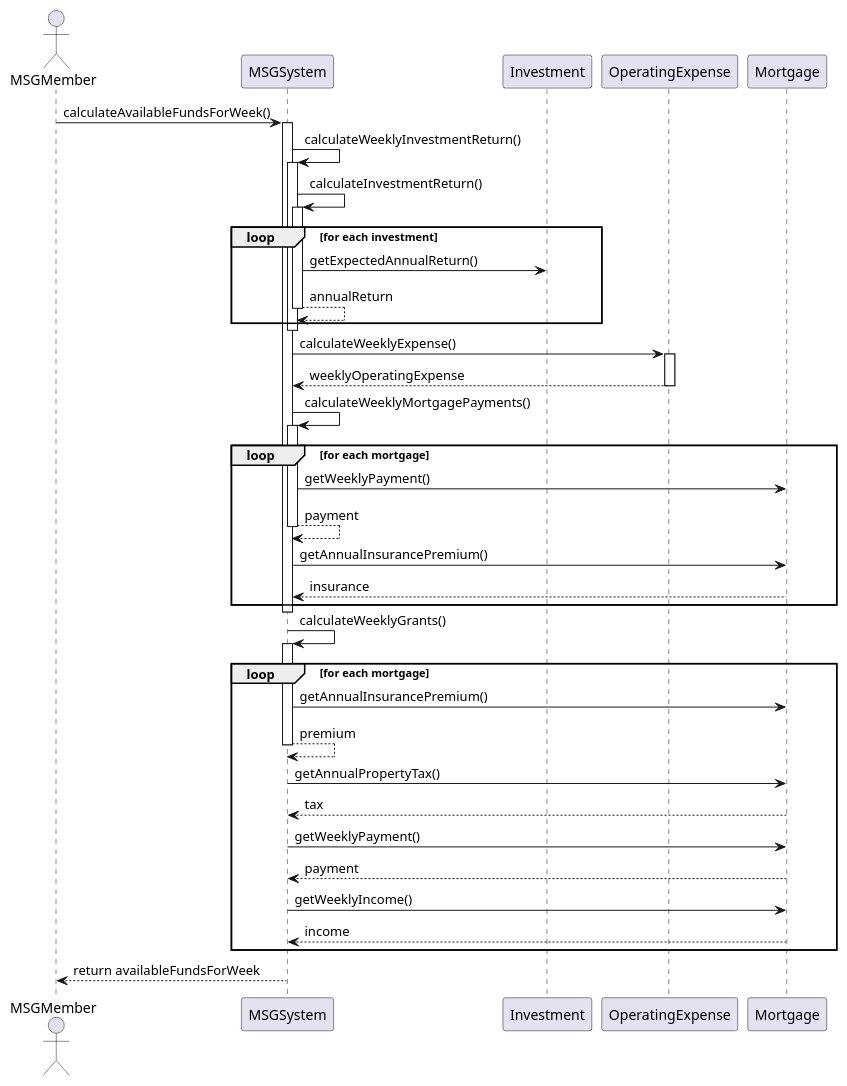
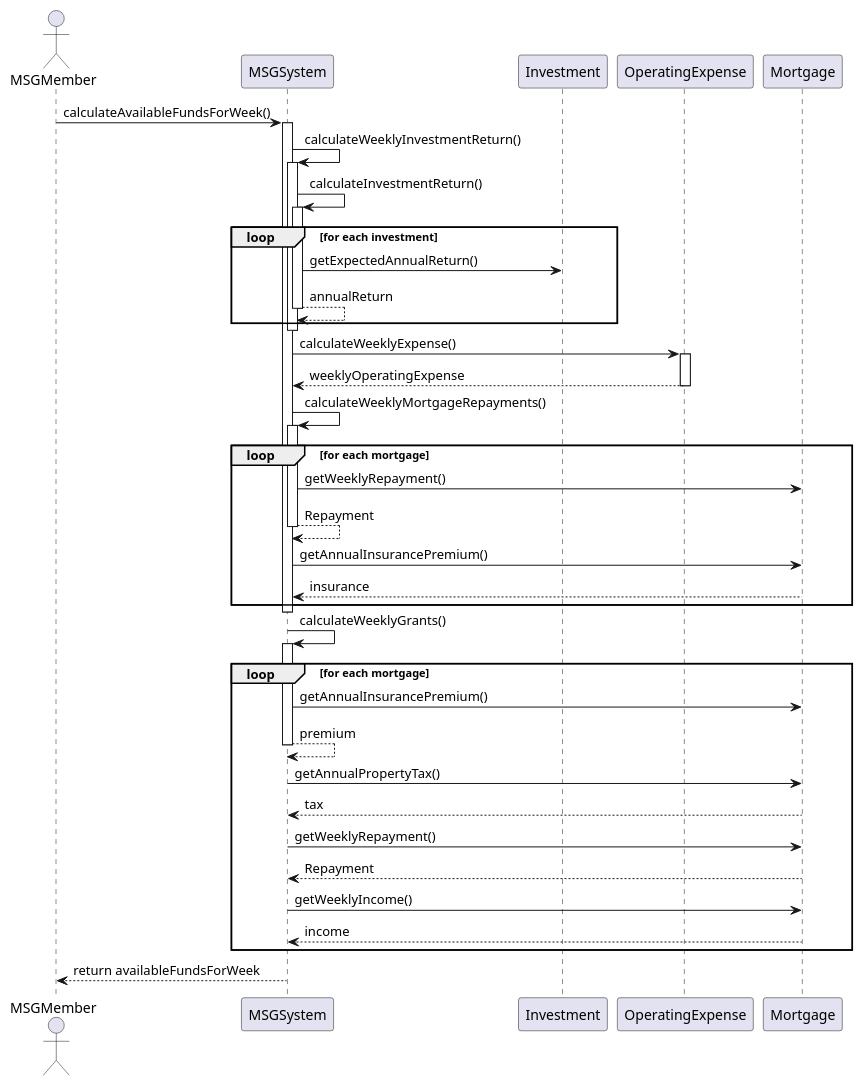
Before and after one commit to DongChyeon/MSG-Foundation-Assignment: the diagram in sequence.puml, drawn with PlantUML. The commit also changed 4 other files, not shown here.

Commit message:
Fix : Payment -> Repayment 워딩 수정

```diff
--- a/sequence.puml
+++ b/sequence.puml
@@ -1,52 +1,52 @@
 @startuml
 actor MSGMember
 participant "MSGSystem" as msg
 participant "Investment" as inv
 participant "OperatingExpense" as op
 participant "Mortgage" as mort
 
 MSGMember -> msg : calculateAvailableFundsForWeek()
 activate msg
 
 msg -> msg : calculateWeeklyInvestmentReturn()
 activate msg
     msg -> msg : calculateInvestmentReturn()
     activate msg
         loop for each investment
             msg -> inv : getExpectedAnnualReturn()
             return annualReturn
         end
     deactivate msg
 
 msg -> op : calculateWeeklyExpense()
 activate op
 return weeklyOperatingExpense
 deactivate op
 
-msg -> msg : calculateWeeklyMortgagePayments()
+msg -> msg : calculateWeeklyMortgageRepayments()
 activate msg
     loop for each mortgage
-        msg -> mort : getWeeklyPayment()
-        return payment
+        msg -> mort : getWeeklyRepayment()
+        return Repayment
         msg -> mort : getAnnualInsurancePremium()
         return insurance
     end
 deactivate msg
 
 msg -> msg : calculateWeeklyGrants()
 activate msg
     loop for each mortgage
         msg -> mort : getAnnualInsurancePremium()
         return premium
         msg -> mort : getAnnualPropertyTax()
         return tax
-        msg -> mort : getWeeklyPayment()
-        return payment
+        msg -> mort : getWeeklyRepayment()
+        return Repayment
         msg -> mort : getWeeklyIncome()
         return income
     end
 deactivate msg
 
 msg --> MSGMember : return availableFundsForWeek
 
 @enduml
```
